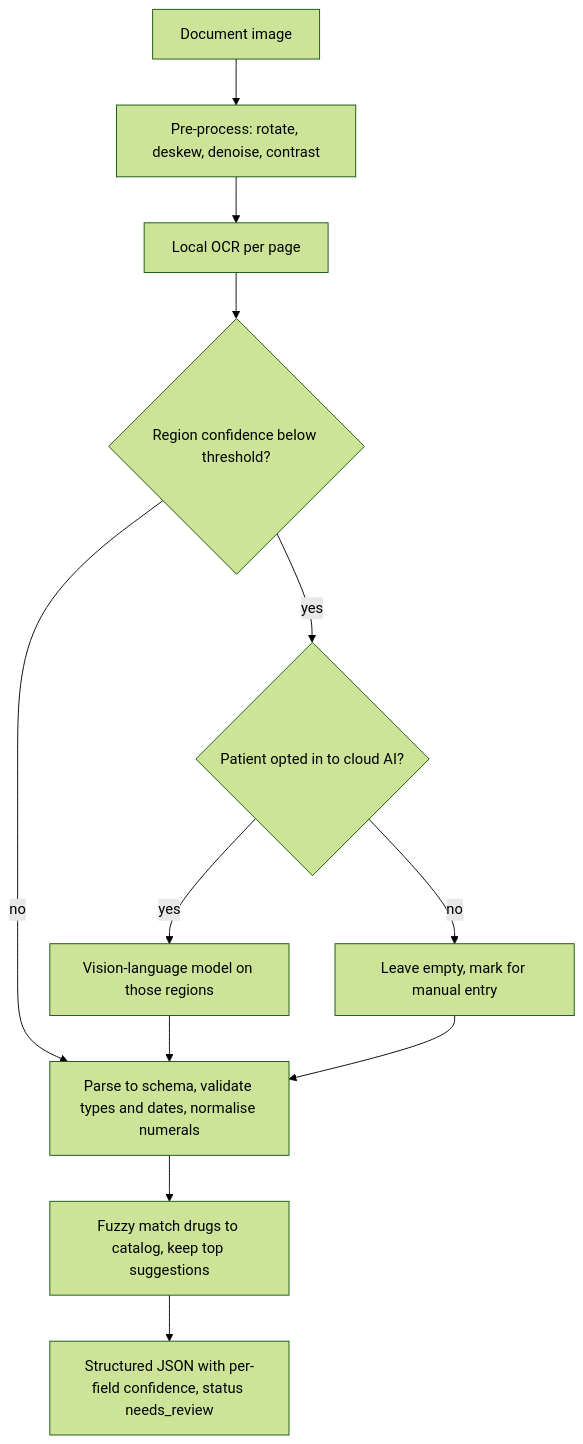
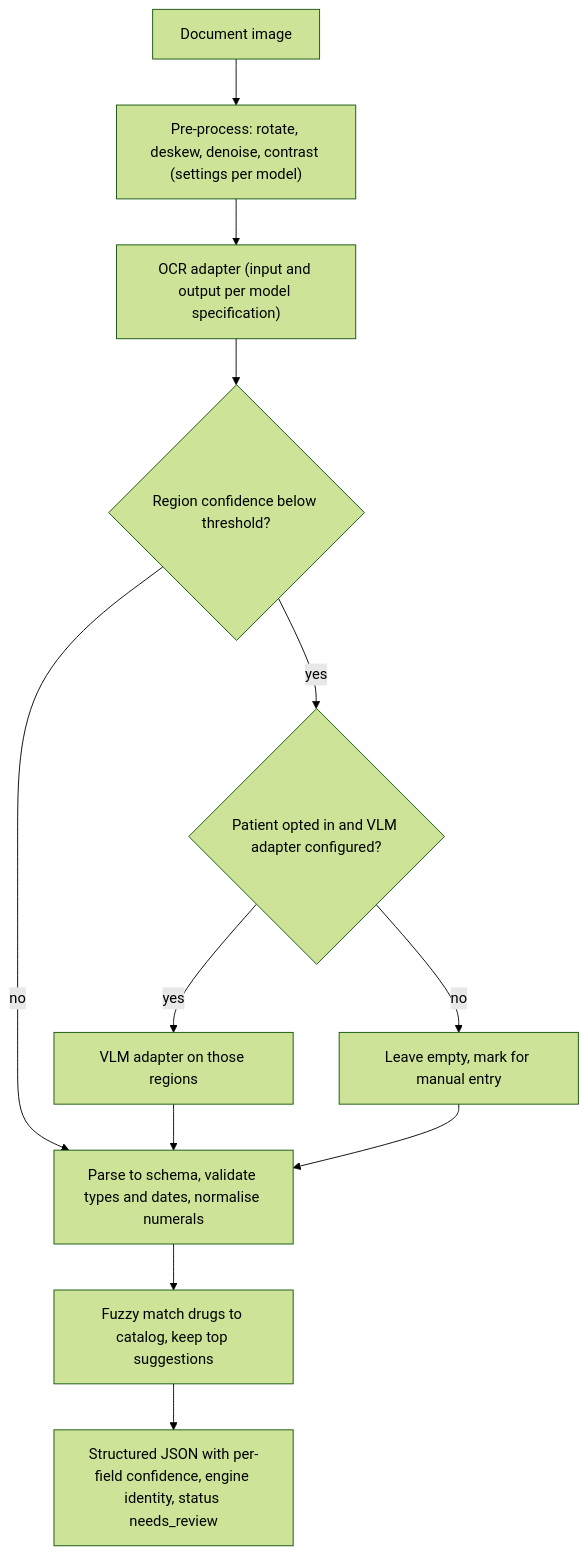
One commit to sarwar-islam/swasthyoid changed diagram 30 of 32 in docs/FRD.md. Above: the diagram before and after it, drawn with Mermaid (forest theme). The commit also changed other lines of this file and 4 other files, not shown here.

````diff
--- a/docs/FRD.md
+++ b/docs/FRD.md
@@ -1333,14 +1440,14 @@
 ```mermaid
 flowchart TD
-    IMG["Document image"] --> PRE["Pre-process: rotate, deskew, denoise, contrast"]
-    PRE --> OCR["Local OCR per page"]
+    IMG["Document image"] --> PRE["Pre-process: rotate, deskew, denoise, contrast (settings per model)"]
+    PRE --> OCR["OCR adapter (input and output per model specification)"]
     OCR --> CONF{"Region confidence below threshold?"}
     CONF -- no --> PARSE["Parse to schema, validate types and dates, normalise numerals"]
-    CONF -- yes --> OPT{"Patient opted in to cloud AI?"}
-    OPT -- yes --> VLM["Vision-language model on those regions"]
+    CONF -- yes --> OPT{"Patient opted in and VLM adapter configured?"}
+    OPT -- yes --> VLM["VLM adapter on those regions"]
     OPT -- no --> MAN["Leave empty, mark for manual entry"]
     VLM --> PARSE
     MAN --> PARSE
     PARSE --> MATCH["Fuzzy match drugs to catalog, keep top suggestions"]
-    MATCH --> OUT["Structured JSON with per-field confidence, status needs_review"]
+    MATCH --> OUT["Structured JSON with per-field confidence, engine identity, status needs_review"]
 ```
````
